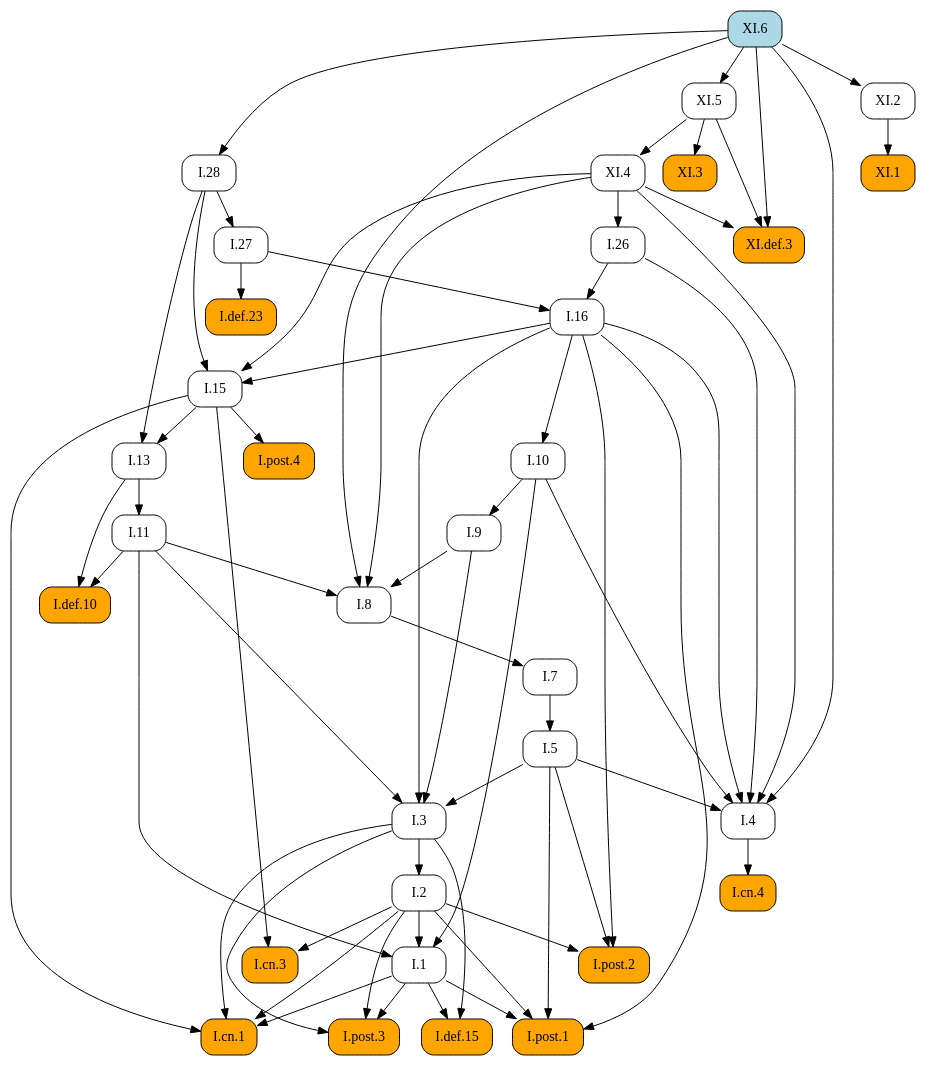
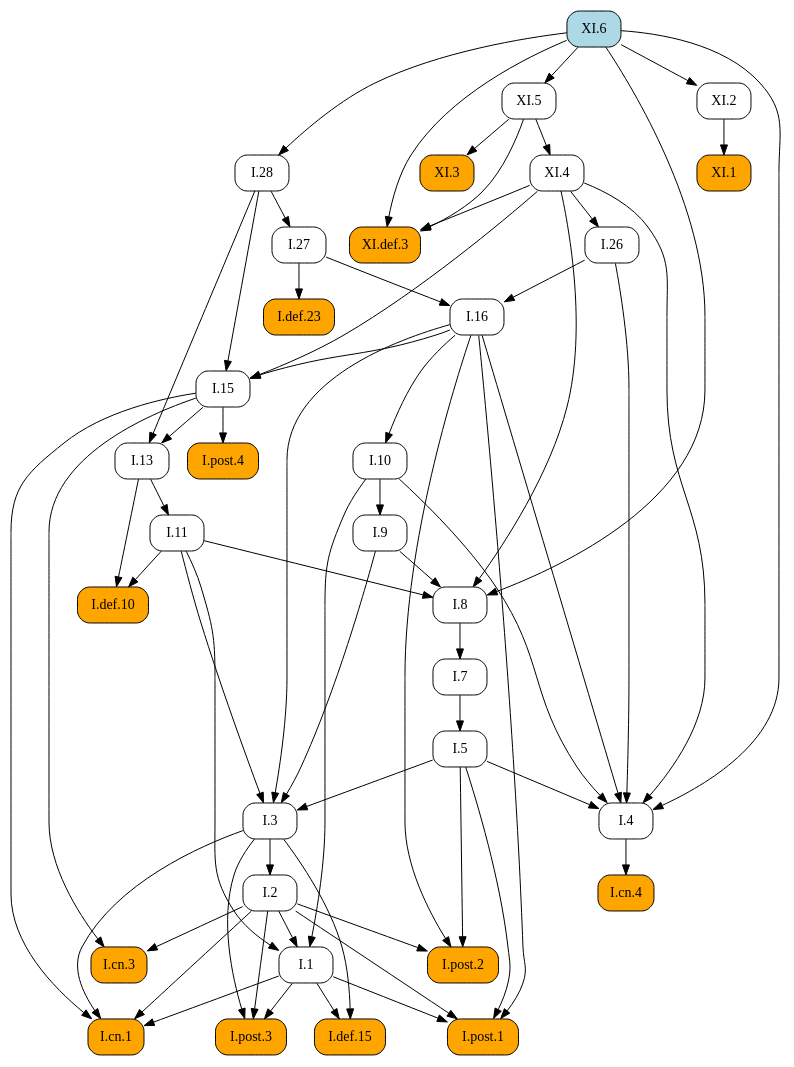
The diagram in docsrc/heath/XI/6/index.rst (geometor/elements), drawn with Graphviz before and after one commit. The commit also changed other lines of this file and 1029 other files, not shown here.

```diff
--- a/docsrc/heath/XI/6/index.rst
+++ b/docsrc/heath/XI/6/index.rst
@@ -49,101 +49,101 @@
    digraph {
      rankdir="TB";
      node [shape=box, style=rounded];
-     "I.cn.3" [style="rounded,filled", fillcolor=orange, URL="/heath/I/cn.3/", target="_top"];
-     "I.7" [URL="/heath/I/7/", target="_top"];
-     "I.27" [URL="/heath/I/27/", target="_top"];
-     "I.def.23" [style="rounded,filled", fillcolor=orange, URL="/heath/I/def.23/", target="_top"];
-     "I.8" [URL="/heath/I/8/", target="_top"];
-     "I.9" [URL="/heath/I/9/", target="_top"];
-     "XI.4" [URL="/heath/XI/4/", target="_top"];
-     "I.post.4" [style="rounded,filled", fillcolor=orange, URL="/heath/I/post.4/", target="_top"];
-     "I.2" [URL="/heath/I/2/", target="_top"];
-     "I.28" [URL="/heath/I/28/", target="_top"];
-     "I.1" [URL="/heath/I/1/", target="_top"];
-     "I.def.15" [style="rounded,filled", fillcolor=orange, URL="/heath/I/def.15/", target="_top"];
-     "I.post.1" [style="rounded,filled", fillcolor=orange, URL="/heath/I/post.1/", target="_top"];
-     "XI.1" [style="rounded,filled", fillcolor=orange, URL="/heath/XI/1/", target="_top"];
-     "I.cn.4" [style="rounded,filled", fillcolor=orange, URL="/heath/I/cn.4/", target="_top"];
-     "I.26" [URL="/heath/I/26/", target="_top"];
-     "I.13" [URL="/heath/I/13/", target="_top"];
-     "I.5" [URL="/heath/I/5/", target="_top"];
-     "I.11" [URL="/heath/I/11/", target="_top"];
-     "I.10" [URL="/heath/I/10/", target="_top"];
-     "I.4" [URL="/heath/I/4/", target="_top"];
-     "XI.5" [URL="/heath/XI/5/", target="_top"];
-     "I.3" [URL="/heath/I/3/", target="_top"];
-     "I.16" [URL="/heath/I/16/", target="_top"];
      "I.def.10" [style="rounded,filled", fillcolor=orange, URL="/heath/I/def.10/", target="_top"];
      "XI.def.3" [style="rounded,filled", fillcolor=orange, URL="/heath/XI/def.3/", target="_top"];
+     "I.11" [URL="/heath/I/11/", target="_top"];
+     "I.28" [URL="/heath/I/28/", target="_top"];
+     "I.post.4" [style="rounded,filled", fillcolor=orange, URL="/heath/I/post.4/", target="_top"];
+     "I.1" [URL="/heath/I/1/", target="_top"];
+     "I.26" [URL="/heath/I/26/", target="_top"];
+     "I.def.15" [style="rounded,filled", fillcolor=orange, URL="/heath/I/def.15/", target="_top"];
+     "I.post.3" [style="rounded,filled", fillcolor=orange, URL="/heath/I/post.3/", target="_top"];
+     "XI.5" [URL="/heath/XI/5/", target="_top"];
+     "XI.1" [style="rounded,filled", fillcolor=orange, URL="/heath/XI/1/", target="_top"];
+     "I.cn.1" [style="rounded,filled", fillcolor=orange, URL="/heath/I/cn.1/", target="_top"];
+     "I.cn.3" [style="rounded,filled", fillcolor=orange, URL="/heath/I/cn.3/", target="_top"];
+     "XI.2" [URL="/heath/XI/2/", target="_top"];
+     "I.post.1" [style="rounded,filled", fillcolor=orange, URL="/heath/I/post.1/", target="_top"];
+     "XI.6" [style="rounded,filled", fillcolor=lightblue, URL="/heath/XI/6/", target="_top"];
+     "I.27" [URL="/heath/I/27/", target="_top"];
+     "I.7" [URL="/heath/I/7/", target="_top"];
+     "I.3" [URL="/heath/I/3/", target="_top"];
+     "I.2" [URL="/heath/I/2/", target="_top"];
+     "I.4" [URL="/heath/I/4/", target="_top"];
+     "I.def.23" [style="rounded,filled", fillcolor=orange, URL="/heath/I/def.23/", target="_top"];
+     "I.13" [URL="/heath/I/13/", target="_top"];
      "I.post.2" [style="rounded,filled", fillcolor=orange, URL="/heath/I/post.2/", target="_top"];
-     "I.post.3" [style="rounded,filled", fillcolor=orange, URL="/heath/I/post.3/", target="_top"];
+     "I.16" [URL="/heath/I/16/", target="_top"];
+     "I.9" [URL="/heath/I/9/", target="_top"];
+     "I.8" [URL="/heath/I/8/", target="_top"];
+     "I.cn.4" [style="rounded,filled", fillcolor=orange, URL="/heath/I/cn.4/", target="_top"];
+     "I.15" [URL="/heath/I/15/", target="_top"];
+     "XI.4" [URL="/heath/XI/4/", target="_top"];
+     "I.10" [URL="/heath/I/10/", target="_top"];
+     "I.5" [URL="/heath/I/5/", target="_top"];
      "XI.3" [style="rounded,filled", fillcolor=orange, URL="/heath/XI/3/", target="_top"];
-     "XI.6" [style="rounded,filled", fillcolor=lightblue, URL="/heath/XI/6/", target="_top"];
-     "I.15" [URL="/heath/I/15/", target="_top"];
-     "I.cn.1" [style="rounded,filled", fillcolor=orange, URL="/heath/I/cn.1/", target="_top"];
-     "XI.2" [URL="/heath/XI/2/", target="_top"];
-     "I.2" -> "I.cn.3";
-     "I.15" -> "I.cn.3";
-     "I.8" -> "I.7";
-     "I.28" -> "I.27";
-     "I.27" -> "I.def.23";
-     "I.9" -> "I.8";
-     "I.11" -> "I.8";
-     "XI.4" -> "I.8";
-     "XI.6" -> "I.8";
-     "I.10" -> "I.9";
-     "XI.5" -> "XI.4";
+     "I.11" -> "I.def.10";
+     "I.13" -> "I.def.10";
+     "XI.4" -> "XI.def.3";
+     "XI.5" -> "XI.def.3";
+     "XI.6" -> "XI.def.3";
+     "I.13" -> "I.11";
+     "XI.6" -> "I.28";
      "I.15" -> "I.post.4";
-     "I.3" -> "I.2";
-     "XI.6" -> "I.28";
      "I.2" -> "I.1";
      "I.10" -> "I.1";
      "I.11" -> "I.1";
+     "XI.4" -> "I.26";
      "I.1" -> "I.def.15";
      "I.3" -> "I.def.15";
+     "I.1" -> "I.post.3";
+     "I.2" -> "I.post.3";
+     "I.3" -> "I.post.3";
+     "XI.6" -> "XI.5";
+     "XI.2" -> "XI.1";
+     "I.1" -> "I.cn.1";
+     "I.2" -> "I.cn.1";
+     "I.3" -> "I.cn.1";
+     "I.15" -> "I.cn.1";
+     "I.2" -> "I.cn.3";
+     "I.15" -> "I.cn.3";
+     "XI.6" -> "XI.2";
      "I.1" -> "I.post.1";
      "I.2" -> "I.post.1";
      "I.5" -> "I.post.1";
      "I.16" -> "I.post.1";
-     "XI.2" -> "XI.1";
-     "I.4" -> "I.cn.4";
-     "XI.4" -> "I.26";
-     "I.15" -> "I.13";
-     "I.28" -> "I.13";
-     "I.7" -> "I.5";
-     "I.13" -> "I.11";
-     "I.16" -> "I.10";
+     "I.28" -> "I.27";
+     "I.8" -> "I.7";
+     "I.5" -> "I.3";
+     "I.9" -> "I.3";
+     "I.11" -> "I.3";
+     "I.16" -> "I.3";
+     "I.3" -> "I.2";
      "I.5" -> "I.4";
      "I.10" -> "I.4";
      "I.16" -> "I.4";
      "I.26" -> "I.4";
      "XI.4" -> "I.4";
      "XI.6" -> "I.4";
-     "XI.6" -> "XI.5";
-     "I.5" -> "I.3";
-     "I.9" -> "I.3";
-     "I.11" -> "I.3";
-     "I.16" -> "I.3";
-     "I.26" -> "I.16";
-     "I.27" -> "I.16";
-     "I.11" -> "I.def.10";
-     "I.13" -> "I.def.10";
-     "XI.4" -> "XI.def.3";
-     "XI.5" -> "XI.def.3";
-     "XI.6" -> "XI.def.3";
+     "I.27" -> "I.def.23";
+     "I.15" -> "I.13";
+     "I.28" -> "I.13";
      "I.2" -> "I.post.2";
      "I.5" -> "I.post.2";
      "I.16" -> "I.post.2";
-     "I.1" -> "I.post.3";
-     "I.2" -> "I.post.3";
-     "I.3" -> "I.post.3";
-     "XI.5" -> "XI.3";
+     "I.26" -> "I.16";
+     "I.27" -> "I.16";
+     "I.10" -> "I.9";
+     "I.9" -> "I.8";
+     "I.11" -> "I.8";
+     "XI.4" -> "I.8";
+     "XI.6" -> "I.8";
+     "I.4" -> "I.cn.4";
      "I.16" -> "I.15";
      "I.28" -> "I.15";
      "XI.4" -> "I.15";
-     "I.1" -> "I.cn.1";
-     "I.2" -> "I.cn.1";
-     "I.3" -> "I.cn.1";
-     "I.15" -> "I.cn.1";
-     "XI.6" -> "XI.2";
+     "XI.5" -> "XI.4";
+     "I.16" -> "I.10";
+     "I.7" -> "I.5";
+     "XI.5" -> "XI.3";
    }
```
